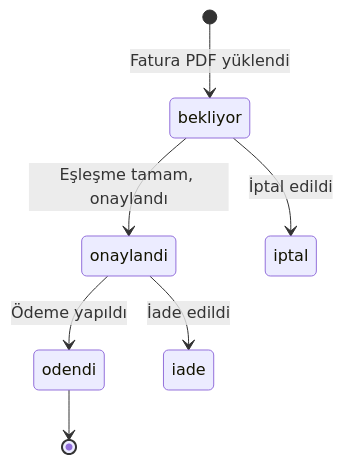
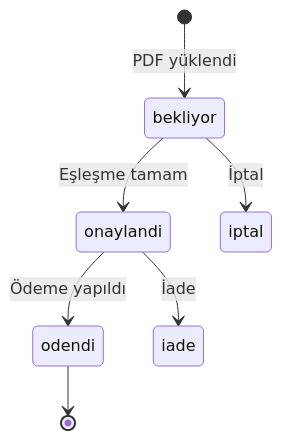
One commit to Erlau-Proje/erlau-app changed the tenth of 10 diagrams in SISTEM_AKISI.md. Above: the diagram before and after it, drawn with Mermaid. The commit also changed other lines of this file and 1 other file, not shown here.

````diff
--- a/SISTEM_AKISI.md
+++ b/SISTEM_AKISI.md
@@ -128,9 +376,9 @@
 ```mermaid
 stateDiagram-v2
-    [*] --> bekliyor : Fatura PDF yüklendi
-    bekliyor --> onaylandi : Eşleşme tamam, onaylandı
-    bekliyor --> iptal : İptal edildi
+    [*] --> bekliyor : PDF yüklendi
+    bekliyor --> onaylandi : Eşleşme tamam
+    bekliyor --> iptal : İptal
     onaylandi --> odendi : Ödeme yapıldı
-    onaylandi --> iade : İade edildi
+    onaylandi --> iade : İade
     odendi --> [*]
 ```
````
